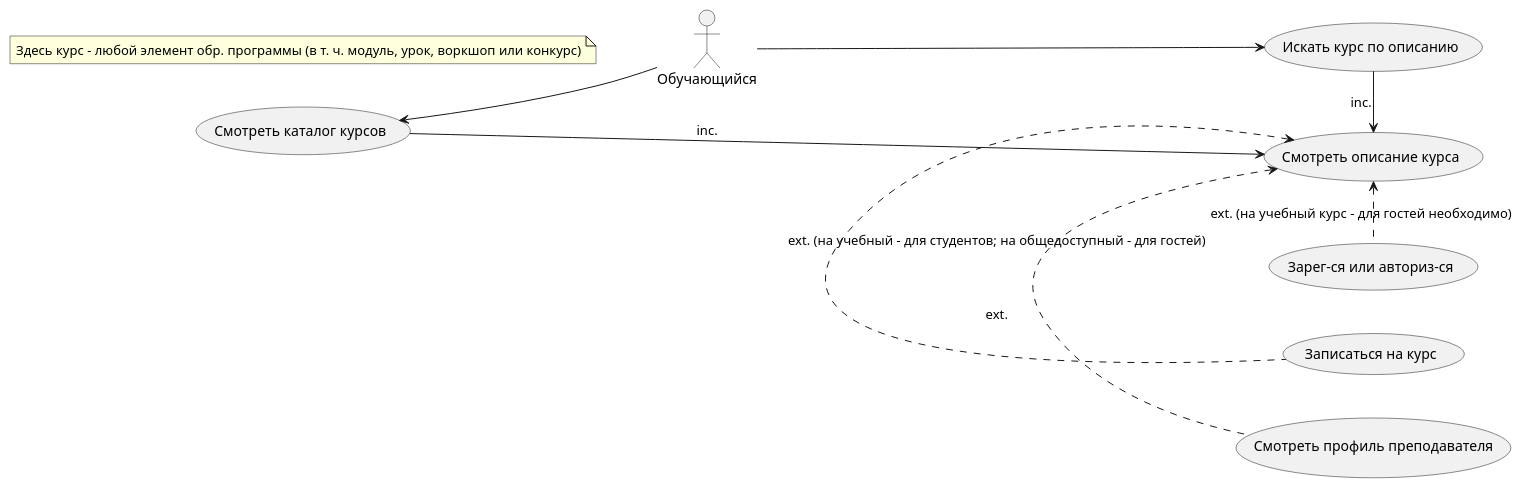
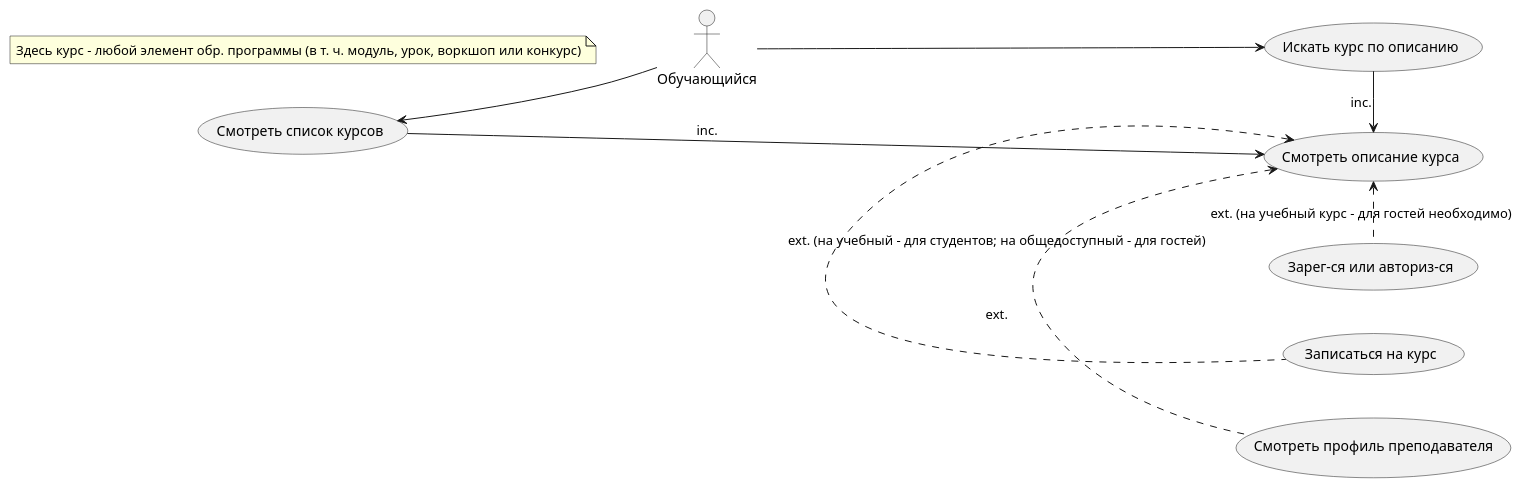
Before and after one commit to karpoftea/mts-kata-2023: the second of 5 diagrams in docs/requirements/requirements.md, drawn with PlantUML. The commit also changed other lines of this file and 1 other file, not shown here.

````diff
--- a/docs/requirements/requirements.md
+++ b/docs/requirements/requirements.md
@@ -105,25 +106,25 @@
 ```plantuml
 @startuml
 
 left to right direction
 
 actor "Обучающийся" as guest
 
-usecase "Смотреть каталог курсов" as UC21
+usecase "Смотреть список курсов" as UC21
 usecase "Искать курс по описанию" as UC22
 usecase "Смотреть описание курса" as UC24
 note "Здесь курс - любой элемент обр. программы (в т. ч. модуль, урок, воркшоп или конкурс)" as N21
 usecase "Записаться на курс" as UC25
 usecase "Зарег-ся или авториз-ся" as UC23
 usecase "Смотреть профиль преподавателя" as UC26
 
 guest -up-> UC21
 guest --> UC22
 UC21 -> UC24 : inc.
 UC22 -> UC24 : inc.
 UC24 <. UC25 : ext. (на учебный - для студентов; на общедоступный - для гостей)
 UC24 <. UC23 : ext. (на учебный курс - для гостей необходимо)
 UC24 <. UC26 : ext.
 
 @enduml
 ```
````
